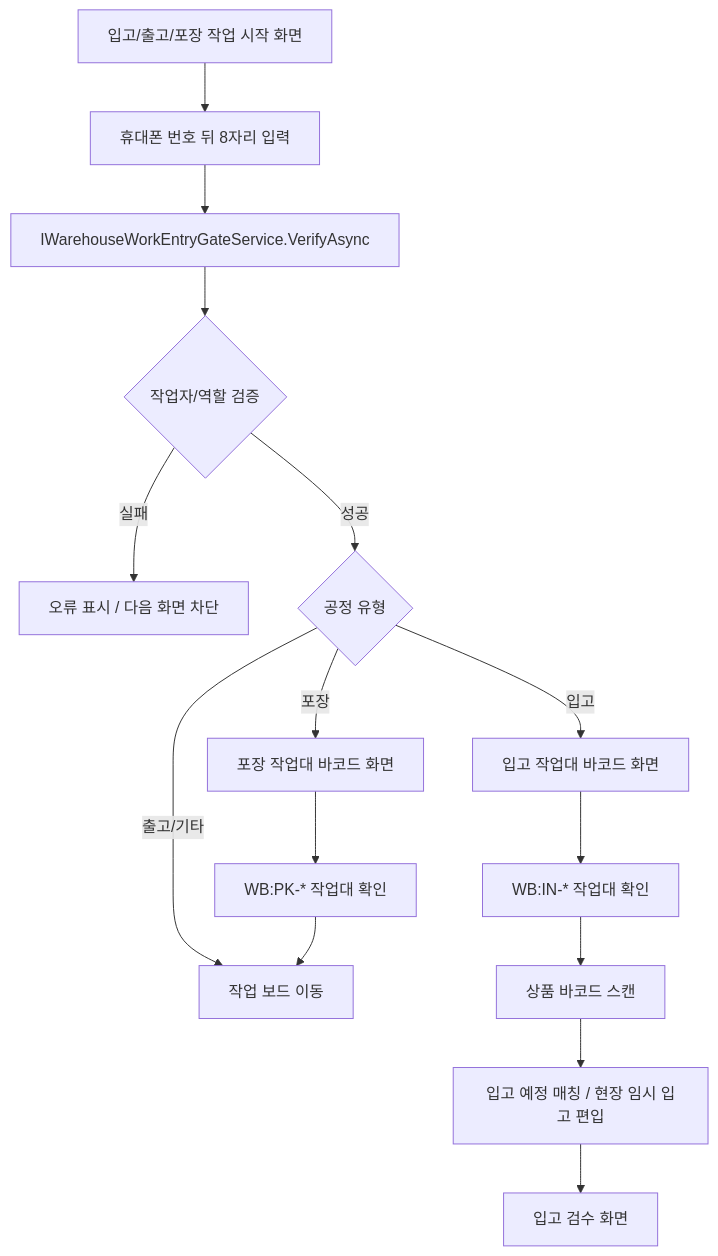
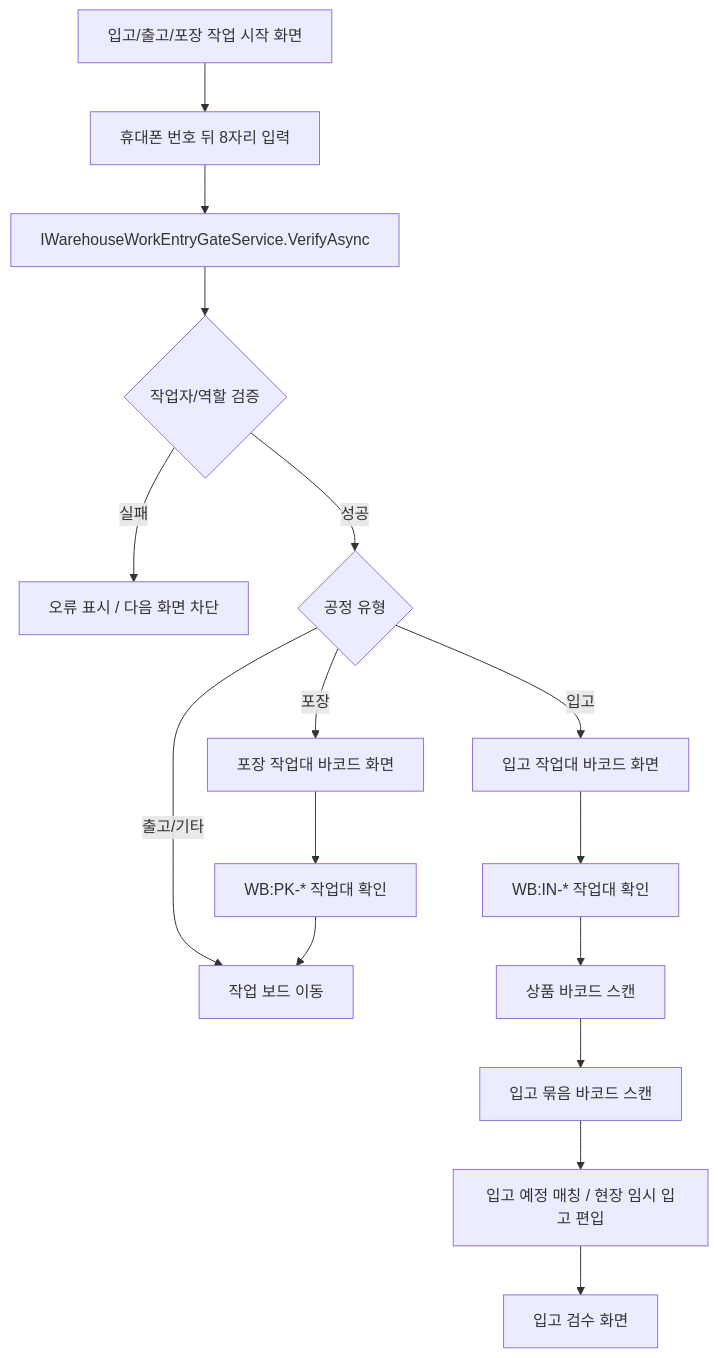
Before and after one commit to cheolwo/hongdal: the fourth of 4 diagrams in docs/ProjectOverview/screen-flows.md, drawn with Mermaid. The commit also changed 177 other files, not shown here.

````diff
--- a/docs/ProjectOverview/screen-flows.md
+++ b/docs/ProjectOverview/screen-flows.md
@@ -81,17 +81,18 @@
 ```mermaid
 flowchart TD
     A["입고/출고/포장 작업 시작 화면"] --> B["휴대폰 번호 뒤 8자리 입력"]
     B --> C["IWarehouseWorkEntryGateService.VerifyAsync"]
     C --> D{"작업자/역할 검증"}
     D -->|실패| X["오류 표시 / 다음 화면 차단"]
     D -->|성공| E{"공정 유형"}
     E -->|입고| F["입고 작업대 바코드 화면"]
     E -->|포장| G["포장 작업대 바코드 화면"]
     E -->|출고/기타| H["작업 보드 이동"]
     F --> I["WB:IN-* 작업대 확인"]
     G --> J["WB:PK-* 작업대 확인"]
     I --> K["상품 바코드 스캔"]
-    K --> L["입고 예정 매칭 / 현장 임시 입고 편입"]
-    L --> M["입고 검수 화면"]
+    K --> L["입고 묶음 바코드 스캔"]
+    L --> M["입고 예정 매칭 / 현장 임시 입고 편입"]
+    M --> N["입고 검수 화면"]
     J --> H
 ```
````
